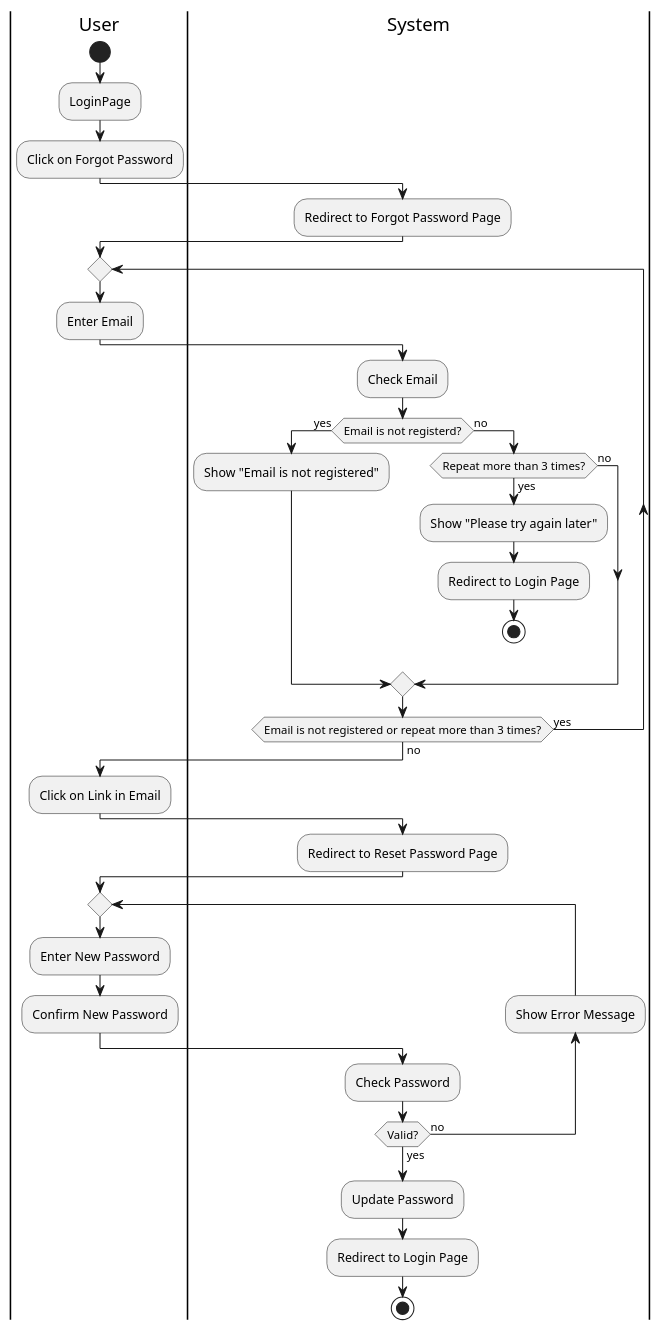
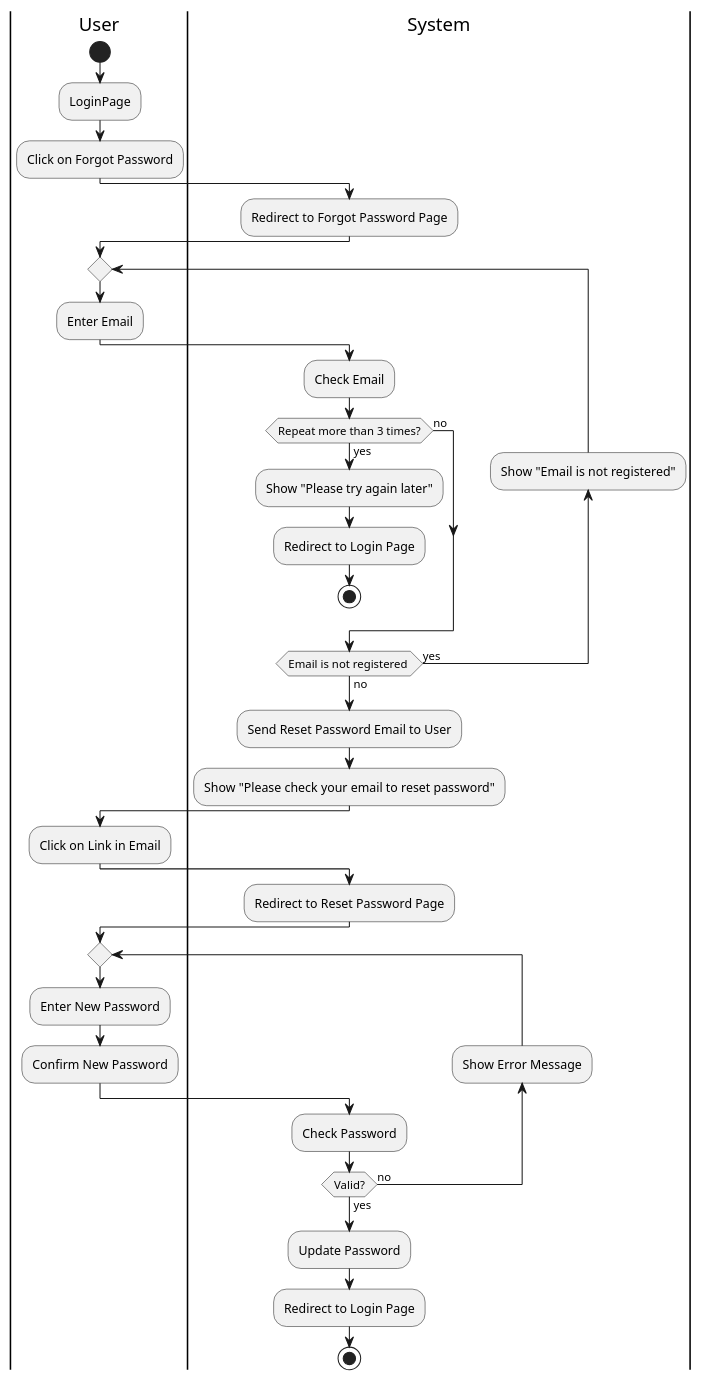
Before and after one commit to ledoantantri/SE357-Pratice-class: the diagram in Lab 1/Lab 1.2/activity-diagrams/reset-password.plantuml, drawn with PlantUML.

Commit message:
fix: change path when repeated more than 3 times

```diff
--- a/Lab 1/Lab 1.2/activity-diagrams/reset-password.plantuml
+++ b/Lab 1/Lab 1.2/activity-diagrams/reset-password.plantuml
@@ -1,43 +1,42 @@
 @startuml
 
 |User|
 start
 :LoginPage;
 :Click on Forgot Password;
 |System|
 :Redirect to Forgot Password Page;
 |User|
 repeat
 :Enter Email;
 |System|
 :Check Email;
 
-if (Email is not registerd?) then (yes)
-:Show "Email is not registered";
-else (no)
 if (Repeat more than 3 times?) then (yes)
 :Show "Please try again later";
 :Redirect to Login Page;
 stop
 else (no)
 endif
-endif
-repeat while (Email is not registered or repeat more than 3 times?) is (yes) not (no)
+backward :Show "Email is not registered";
+repeat while (Email is not registered ) is (yes) not (no)
+:Send Reset Password Email to User;
+:Show "Please check your email to reset password";
 |User|
 :Click on Link in Email;
 |System|
 :Redirect to Reset Password Page;
 |User|
 repeat
 :Enter New Password;
 :Confirm New Password;
 |System|
 :Check Password;
 backward :Show Error Message;
 repeat while (Valid?) is (no) not (yes)
 :Update Password;
 :Redirect to Login Page;
 
 stop
 
 @enduml
```
